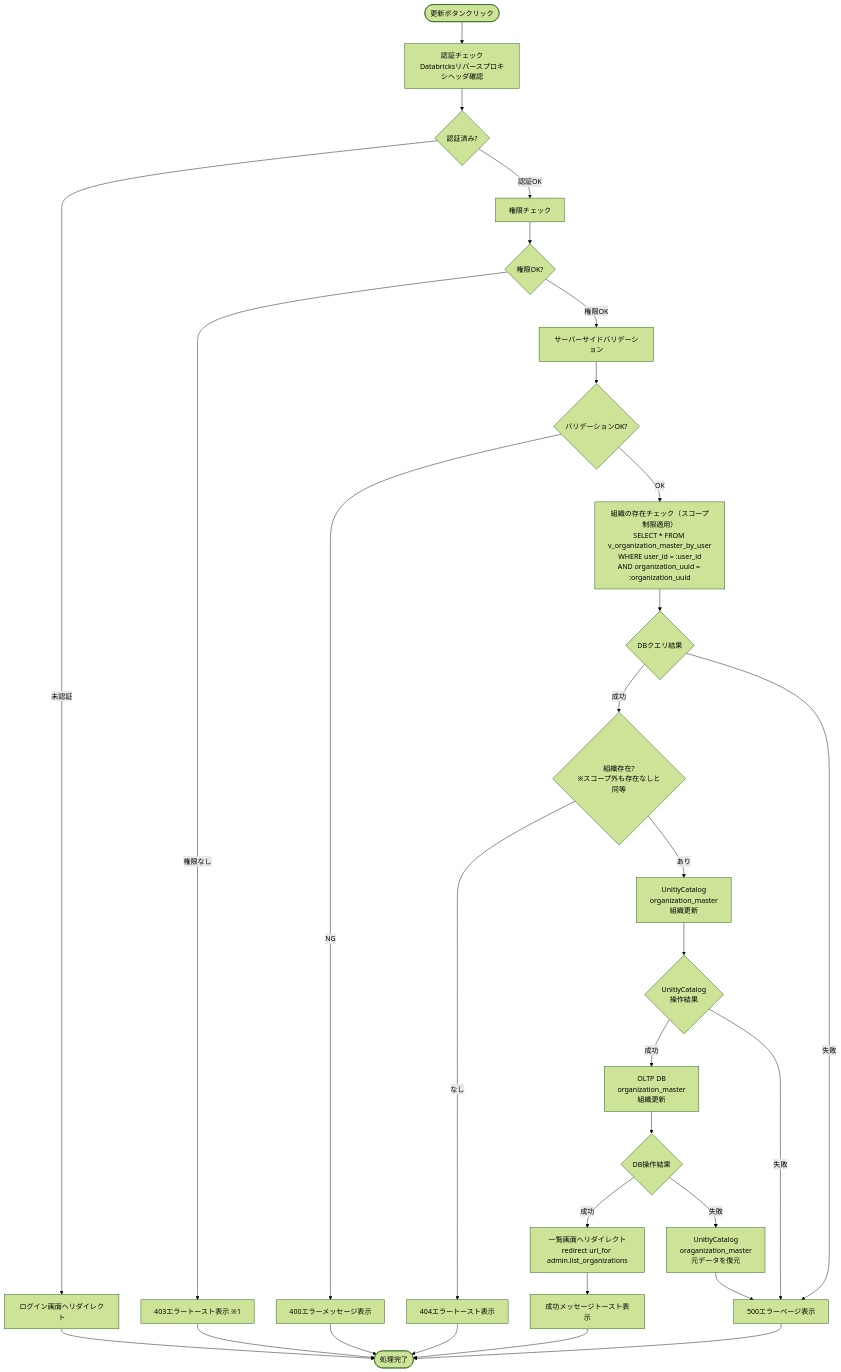
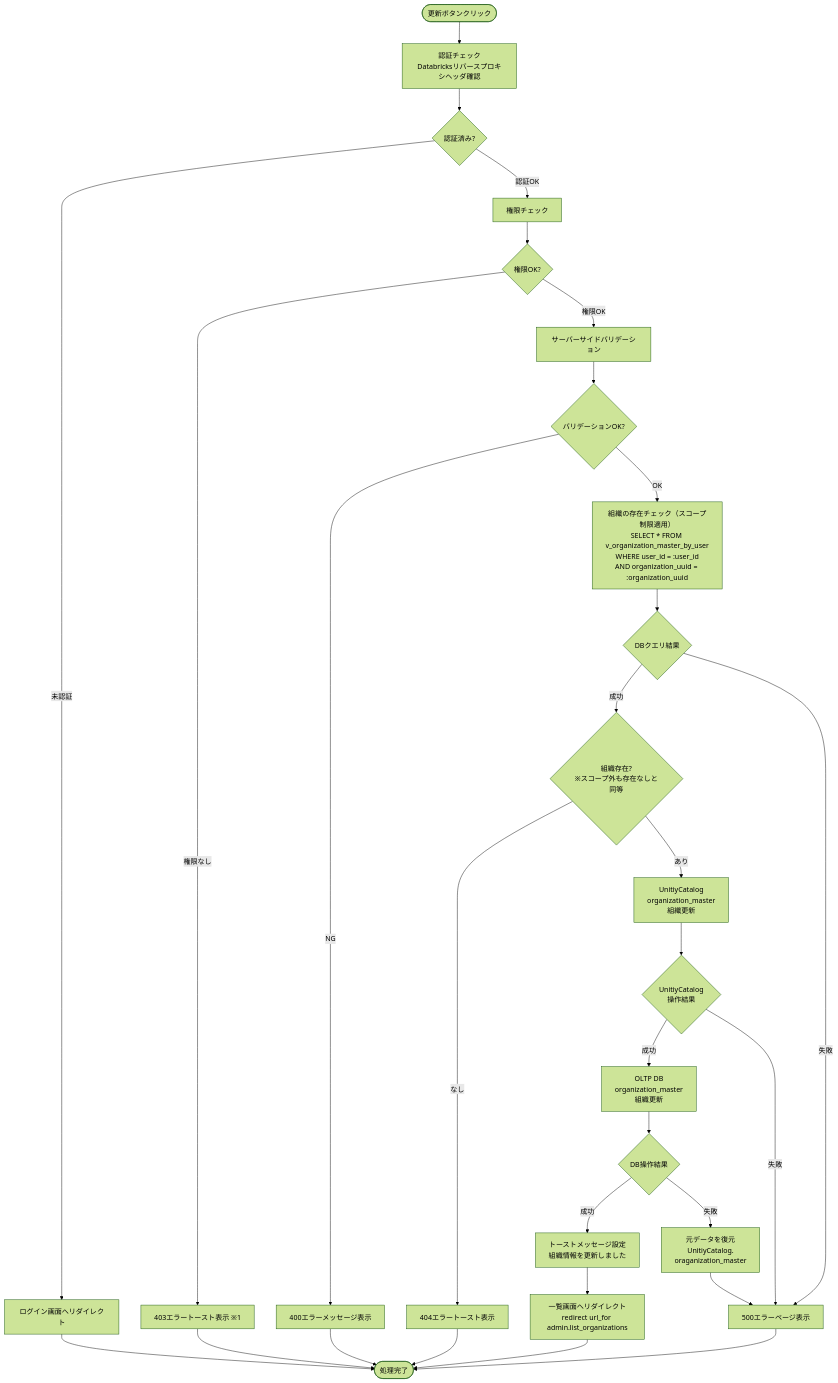
The sixth of 8 diagrams in docs/03-features/flask-app/organizations/workflow-specification.md (NSW-SVCP-AIWG002/Databricks-IoT), drawn with Mermaid (forest theme) before and after one commit. The commit also changed other lines of this file, not shown here.

````diff
--- a/docs/03-features/flask-app/organizations/workflow-specification.md
+++ b/docs/03-features/flask-app/organizations/workflow-specification.md
@@ -1342,43 +1369,43 @@
 ```mermaid
 flowchart TD
     Start([更新ボタンクリック]) --> Auth[認証チェック<br>Databricksリバースプロキシヘッダ確認]
     Auth --> CheckAuth{認証済み?}
     CheckAuth -->|未認証| LoginRedirect[ログイン画面へリダイレクト]
     CheckAuth -->|認証OK| Permission[権限チェック]
 
     Permission --> CheckPerm{権限OK?}
     CheckPerm -->|権限なし| Error403[403エラートースト表示 ※1]
     CheckPerm -->|権限OK| ServerValidate[サーバーサイドバリデーション]
 
     ServerValidate --> CheckValidate{バリデーションOK?}
     CheckValidate -->|NG| Error400[400エラーメッセージ表示]
     CheckValidate -->|OK| OrgExist[組織の存在チェック（スコープ制限適用）<br>SELECT * FROM v_organization_master_by_user<br>WHERE user_id = :user_id<br>AND organization_uuid = :organization_uuid]
 
     OrgExist --> CheckExistDB{DBクエリ結果}
     CheckExistDB -->|成功| CheckExists{組織存在?<br>※スコープ外も存在なしと同等}
     CheckExistDB -->|失敗| Error500[500エラーページ表示]
 
     CheckExists -->|なし| Error404[404エラートースト表示]
     CheckExists -->|あり| UpdateUCMstr[UnitiyCatalog<br>organization_master<br>組織更新]
 
     UpdateUCMstr --> CheckUpdateUCMstr{UnitiyCatalog<br>操作結果}
 
     CheckUpdateUCMstr -->|成功| UpdateDBMstr[OLTP DB<br>organization_master<br>組織更新]
     CheckUpdateUCMstr -->|失敗| Error500
 
     UpdateDBMstr --> CheckUpdateDBMstr{DB操作結果}
 
-    CheckUpdateDBMstr -->|成功| Redirect[一覧画面へリダイレクト<br>redirect url_for admin.list_organizations]
-    CheckUpdateDBMstr -->|失敗| RollbackUCMstr[UnitiyCatalog<br>oraganization_master<br>元データを復元]
+    CheckUpdateDBMstr -->|成功| Toast[トーストメッセージ設定<br>組織情報を更新しました]
+    CheckUpdateDBMstr -->|失敗| RollbackUCMstr[元データを復元<br>UnitiyCatalog.<br>oraganization_master]
 
     RollbackUCMstr --> Error500
 
-    Redirect --> Success[成功メッセージトースト表示]
+    Toast --> Redirect[一覧画面へリダイレクト<br>redirect url_for admin.list_organizations]
 
     LoginRedirect --> End([処理完了])
     Error400 --> End
     Error403 --> End
     Error404 --> End
     Error500 --> End
-    Success --> End
+    Redirect --> End
 ```
````
